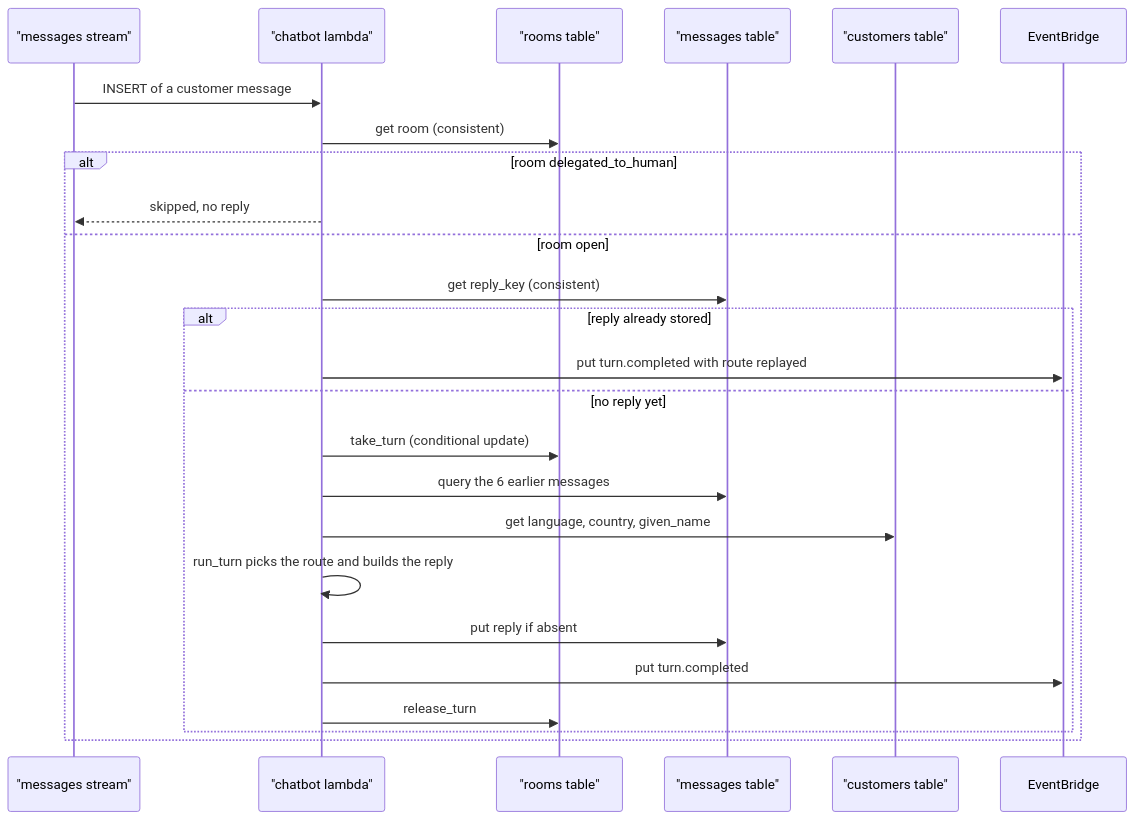
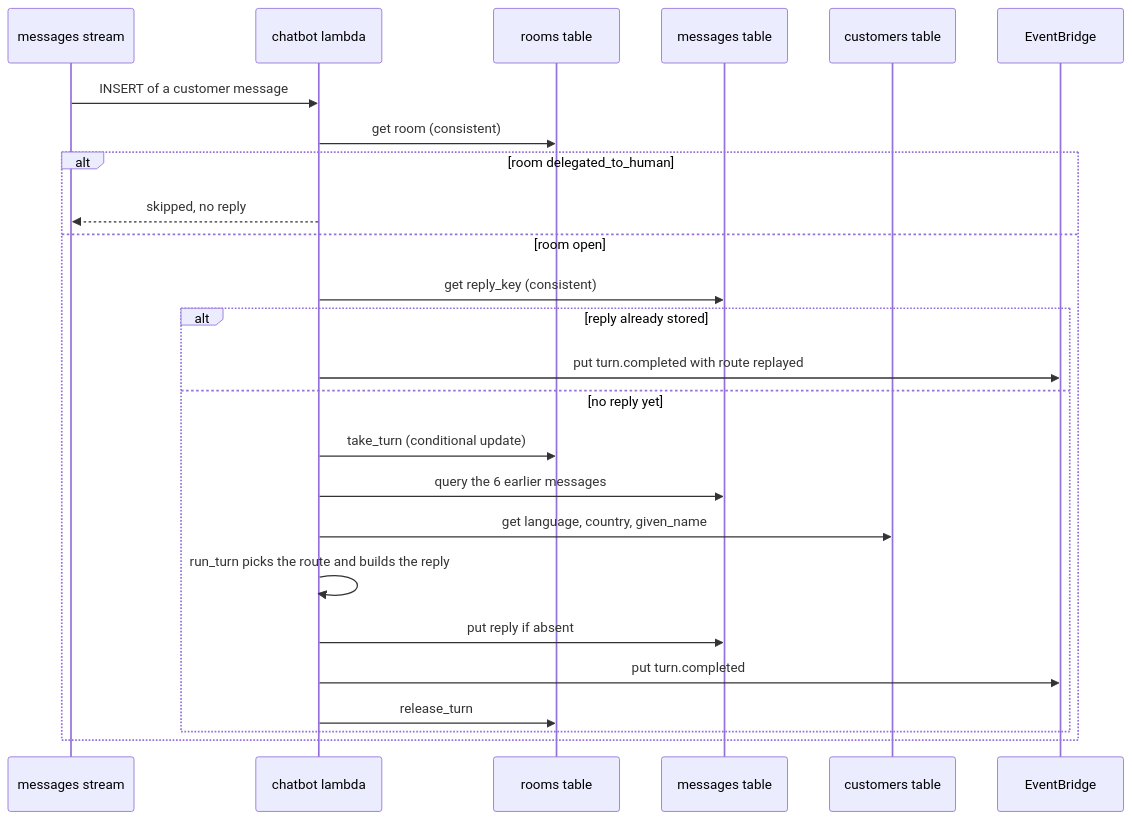
The first of 17 diagrams in docs/modules/assistant/flows.md (Team-ACGS/factored-hackathon-2026-acgs), drawn with Mermaid before and after one commit. The commit also changed other lines of this file and 6 other files, not shown here.

Commit message:
docs(assistant,cases,data,identity,messaging): reviewer findings on flows and readme, round 2

````diff
--- a/docs/modules/assistant/flows.md
+++ b/docs/modules/assistant/flows.md
@@ -39,27 +39,27 @@
 ```mermaid
 sequenceDiagram
-  participant Stream as "messages stream"
-  participant Chatbot as "chatbot lambda"
-  participant Rooms as "rooms table"
-  participant Messages as "messages table"
-  participant Customers as "customers table"
+  participant Stream as messages stream
+  participant Chatbot as chatbot lambda
+  participant Rooms as rooms table
+  participant Messages as messages table
+  participant Customers as customers table
   participant Bus as EventBridge
   Stream->>Chatbot: INSERT of a customer message
   Chatbot->>Rooms: get room (consistent)
   alt room delegated_to_human
     Chatbot-->>Stream: skipped, no reply
   else room open
     Chatbot->>Messages: get reply_key (consistent)
     alt reply already stored
       Chatbot->>Bus: put turn.completed with route replayed
     else no reply yet
       Chatbot->>Rooms: take_turn (conditional update)
       Chatbot->>Messages: query the 6 earlier messages
       Chatbot->>Customers: get language, country, given_name
       Chatbot->>Chatbot: run_turn picks the route and builds the reply
       Chatbot->>Messages: put reply if absent
       Chatbot->>Bus: put turn.completed
       Chatbot->>Rooms: release_turn
     end
   end
 ```
````
